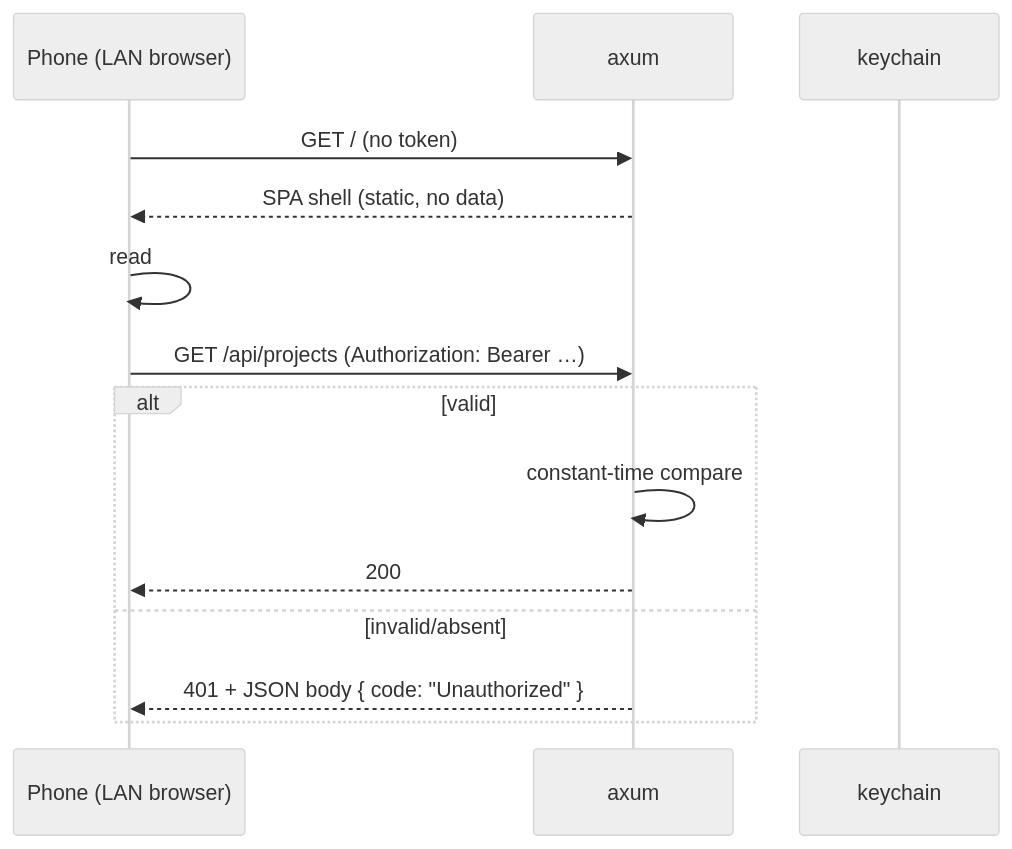
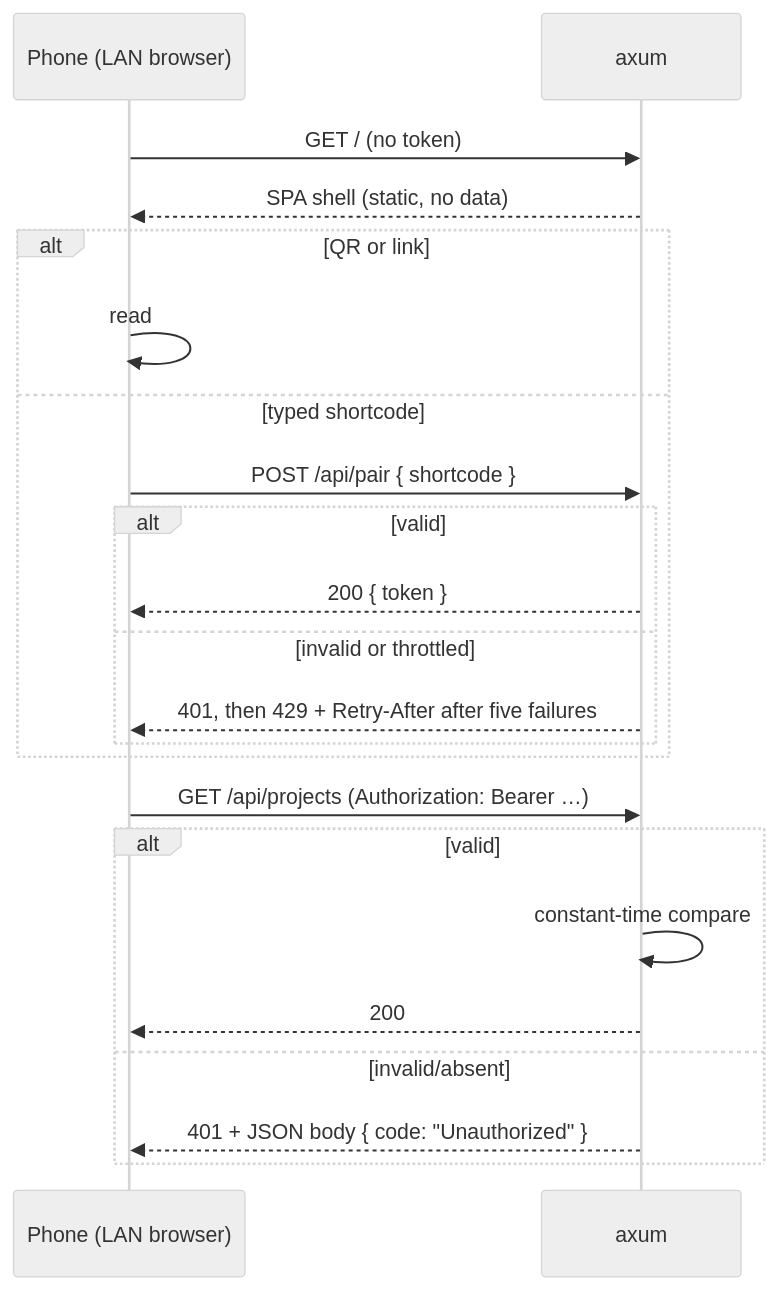
The diagram in docs/security.md (Av1ation-Association/Av1ation-Station), drawn with Mermaid (neutral theme) before and after one commit. The commit also changed other lines of this file and 45 other files, not shown here.

Commit message:
docs: refresh architecture and delivery docs

````diff
--- a/docs/security.md
+++ b/docs/security.md
@@ -60,16 +76,24 @@
 ```mermaid
 sequenceDiagram
     participant P as Phone (LAN browser)
     participant S as axum
-    participant K as keychain
     P->>S: GET / (no token)
     S-->>P: SPA shell (static, no data)
-    P->>P: read #t= token, store in sessionStorage
+    alt QR or link
+        P->>P: read #t= token, store in sessionStorage
+    else typed shortcode
+        P->>S: POST /api/pair { shortcode }
+        alt valid
+            S-->>P: 200 { token }
+        else invalid or throttled
+            S-->>P: 401, then 429 + Retry-After after five failures
+        end
+    end
     P->>S: GET /api/projects (Authorization: Bearer …)
     alt valid
         S->>S: constant-time compare
         S-->>P: 200
     else invalid/absent
         S-->>P: 401 + JSON body { code: "Unauthorized" }
     end
 ```
````
